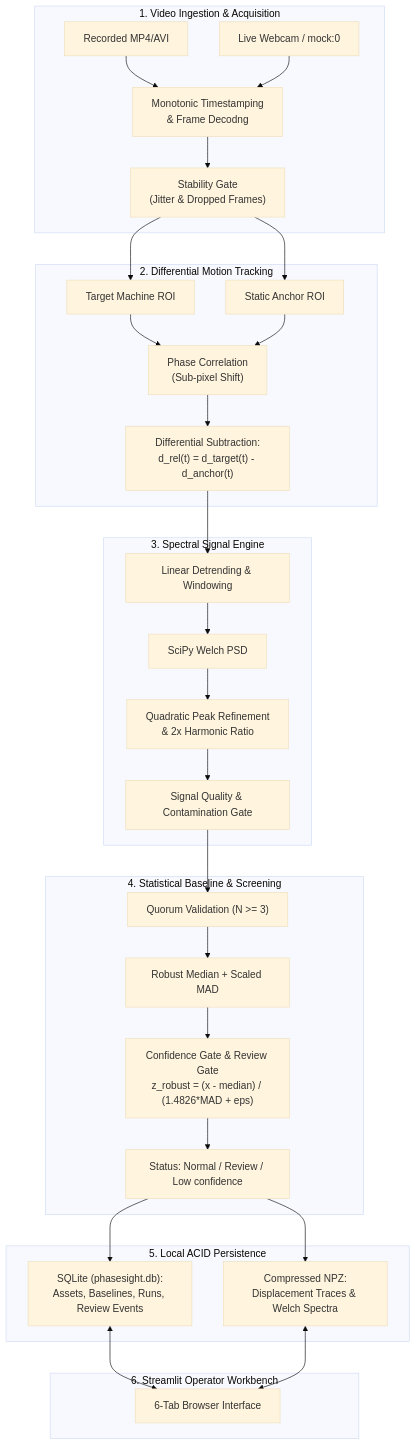
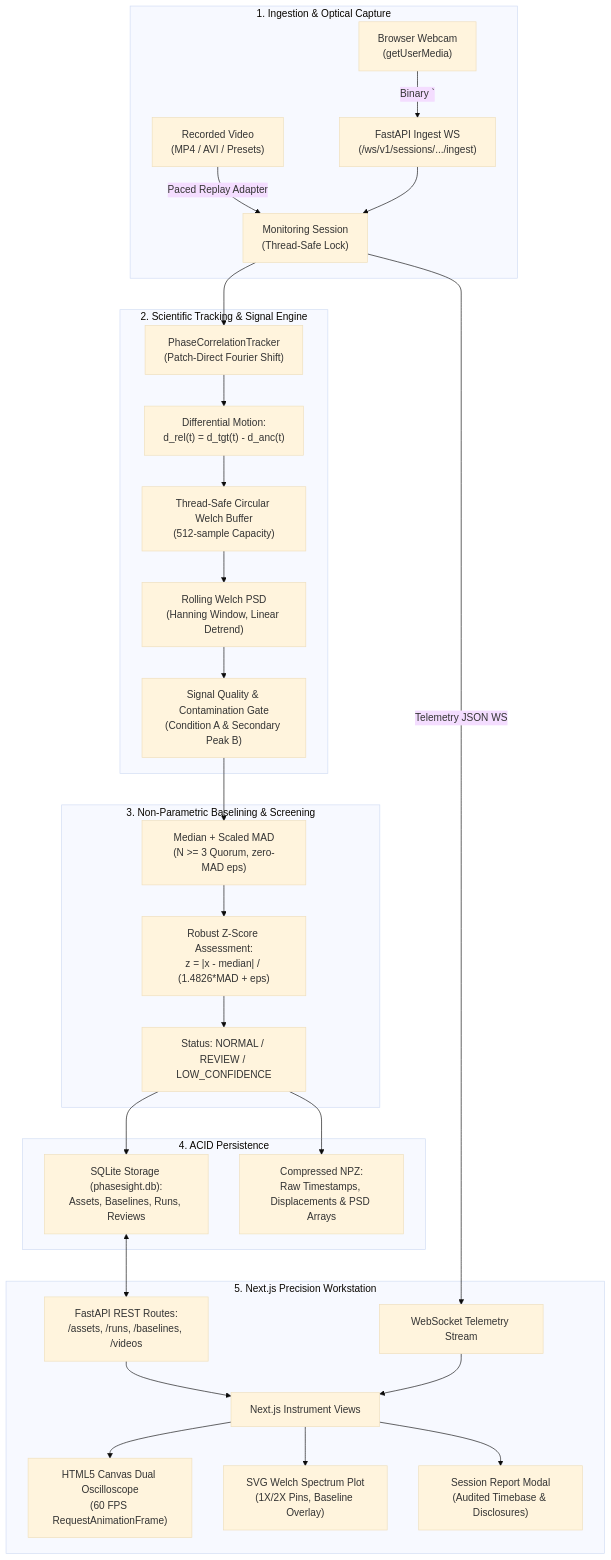
Before and after one commit to Kartikey-97/PhaseSight: the diagram in README.md, drawn with Mermaid (base theme). The commit also changed other lines of this file and 195 other files, not shown here.

Commit message:
Next.js + FastAPI continuous monitoring workstation, /target calibrator, and validation report

````diff
--- a/README.md
+++ b/README.md
@@ -50,40 +73,37 @@
 ```mermaid
 flowchart TD
-    subgraph Acquisition["1. Video Ingestion & Acquisition"]
-        A1["Recorded MP4/AVI"] --> A3["Monotonic Timestamping\n& Frame Decodng"]
-        A2["Live Webcam / mock:0"] --> A3
-        A3 --> A4["Stability Gate\n(Jitter & Dropped Frames)"]
+    subgraph Capture["1. Ingestion & Optical Capture"]
+        W["Browser Webcam\n(getUserMedia)"] -->|Binary `<dIHHHHI` WS| B_IN["FastAPI Ingest WS\n(/ws/v1/sessions/.../ingest)"]
+        V["Recorded Video\n(MP4 / AVI / Presets)"] -->|Paced Replay Adapter| ENG["Monitoring Session\n(Thread-Safe Lock)"]
+        B_IN --> ENG
     end
 
-    subgraph Tracking["2. Differential Motion Tracking"]
-        A4 --> B1["Target Machine ROI"]
-        A4 --> B2["Static Anchor ROI"]
-        B1 --> B3["Phase Correlation\n(Sub-pixel Shift)"]
-        B2 --> B3
-        B3 --> B4["Differential Subtraction:\nd_rel(t) = d_target(t) - d_anchor(t)"]
+    subgraph Core["2. Scientific Tracking & Signal Engine"]
+        ENG --> TRK["PhaseCorrelationTracker\n(Patch-Direct Fourier Shift)"]
+        TRK --> DIF["Differential Motion:\nd_rel(t) = d_tgt(t) - d_anc(t)"]
+        DIF --> BUF["Thread-Safe Circular Welch Buffer\n(512-sample Capacity)"]
+        BUF --> WELCH["Rolling Welch PSD\n(Hanning Window, Linear Detrend)"]
+        WELCH --> GATE["Signal Quality & Contamination Gate\n(Condition A & Secondary Peak B)"]
     end
 
-    subgraph Signal["3. Spectral Signal Engine"]
-        B4 --> C1["Linear Detrending & Windowing"]
-        C1 --> C2["SciPy Welch PSD"]
-        C2 --> C3["Quadratic Peak Refinement\n& 2x Harmonic Ratio"]
-        C3 --> C4["Signal Quality & Contamination Gate"]
+    subgraph Baselining["3. Non-Parametric Baselining & Screening"]
+        GATE --> B_CALC["Median + Scaled MAD\n(N >= 3 Quorum, zero-MAD eps)"]
+        B_CALC --> Z_SCORE["Robust Z-Score Assessment:\nz = |x - median| / (1.4826*MAD + eps)"]
+        Z_SCORE --> STATUS["Status: NORMAL / REVIEW / LOW_CONFIDENCE"]
     end
 
-    subgraph Baseline["4. Statistical Baseline & Screening"]
-        C4 --> D1["Quorum Validation (N >= 3)"]
-        D1 --> D2["Robust Median + Scaled MAD"]
-        D2 --> D3["Confidence Gate & Review Gate\nz_robust = (x - median) / (1.4826*MAD + eps)"]
-        D3 --> D4["Status: Normal / Review / Low confidence"]
+    subgraph Storage["4. ACID Persistence"]
+        STATUS --> SQL["SQLite Storage (phasesight.db):\nAssets, Baselines, Runs, Reviews"]
+        STATUS --> NPZ["Compressed NPZ:\nRaw Timestamps, Displacements & PSD Arrays"]
     end
 
-    subgraph Storage["5. Local ACID Persistence"]
-        D4 --> E1["SQLite (phasesight.db):\nAssets, Baselines, Runs, Review Events"]
-        D4 --> E2["Compressed NPZ:\nDisplacement Traces & Welch Spectra"]
-    end
-
-    subgraph UI["6. Streamlit Operator Workbench"]
-        E1 <--> F1["6-Tab Browser Interface"]
-        E2 <--> F1
+    subgraph Presentation["5. Next.js Precision Workstation"]
+        SQL <--> REST["FastAPI REST Routes:\n/assets, /runs, /baselines, /videos"]
+        ENG -->|Telemetry JSON WS| WS_OUT["WebSocket Telemetry Stream"]
+        REST --> UI_VIEWS["Next.js Instrument Views"]
+        WS_OUT --> UI_VIEWS
+        UI_VIEWS --> OSC["HTML5 Canvas Dual Oscilloscope\n(60 FPS RequestAnimationFrame)"]
+        UI_VIEWS --> SPEC["SVG Welch Spectrum Plot\n(1X/2X Pins, Baseline Overlay)"]
+        UI_VIEWS --> MODAL["Session Report Modal\n(Audited Timebase & Disclosures)"]
     end
 ```
````
